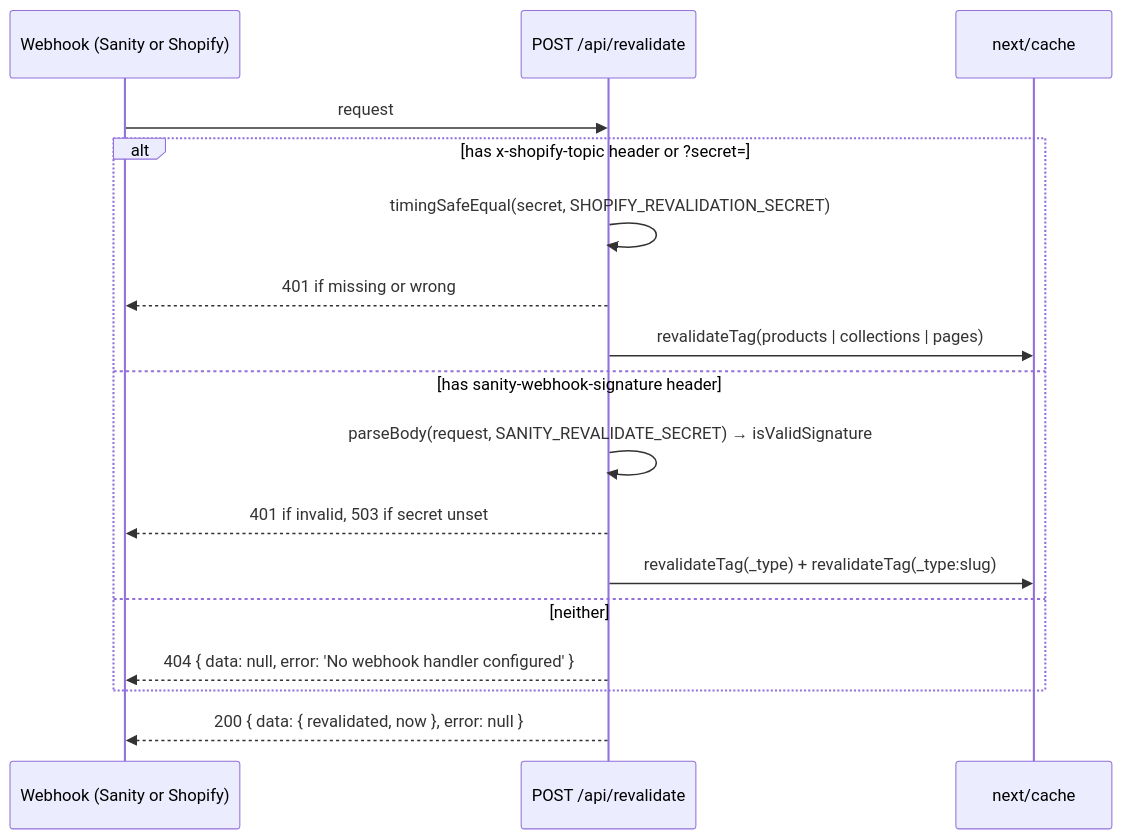
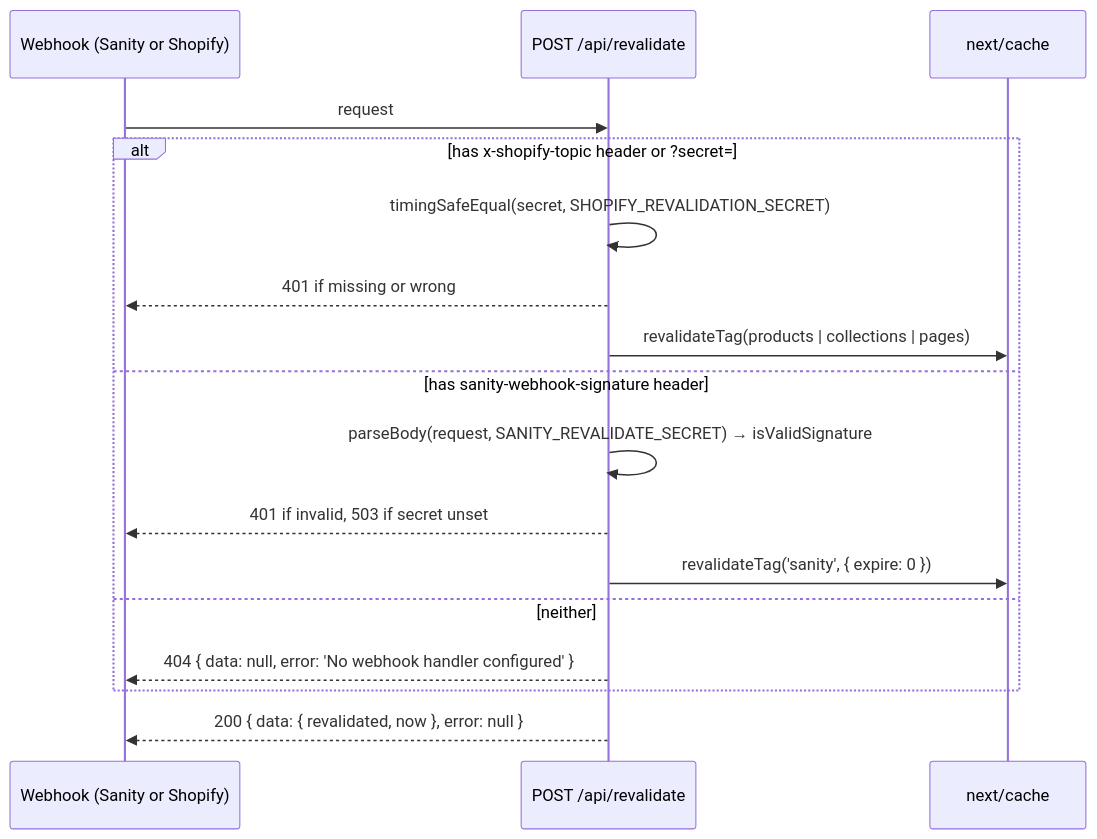
Before and after one commit to darkroomengineering/satus: the diagram in app/api/README.md, drawn with Mermaid. The commit also changed other lines of this file and 31 other files, not shown here.

First line of the commit message:
refactor(sanity)!: replace Sanity Live with tag-and-webhook caching (#535)

````diff
--- a/app/api/README.md
+++ b/app/api/README.md
@@ -76,19 +78,19 @@
 ```mermaid
 sequenceDiagram
     participant W as Webhook (Sanity or Shopify)
     participant R as POST /api/revalidate
     participant T as next/cache
     W->>R: request
     alt has x-shopify-topic header or ?secret=
         R->>R: timingSafeEqual(secret, SHOPIFY_REVALIDATION_SECRET)
         R-->>W: 401 if missing or wrong
         R->>T: revalidateTag(products | collections | pages)
     else has sanity-webhook-signature header
         R->>R: parseBody(request, SANITY_REVALIDATE_SECRET) → isValidSignature
         R-->>W: 401 if invalid, 503 if secret unset
-        R->>T: revalidateTag(_type) + revalidateTag(_type:slug)
+        R->>T: revalidateTag('sanity', { expire: 0 })
     else neither
         R-->>W: 404 { data: null, error: 'No webhook handler configured' }
     end
     R-->>W: 200 { data: { revalidated, now }, error: null }
 ```
````
